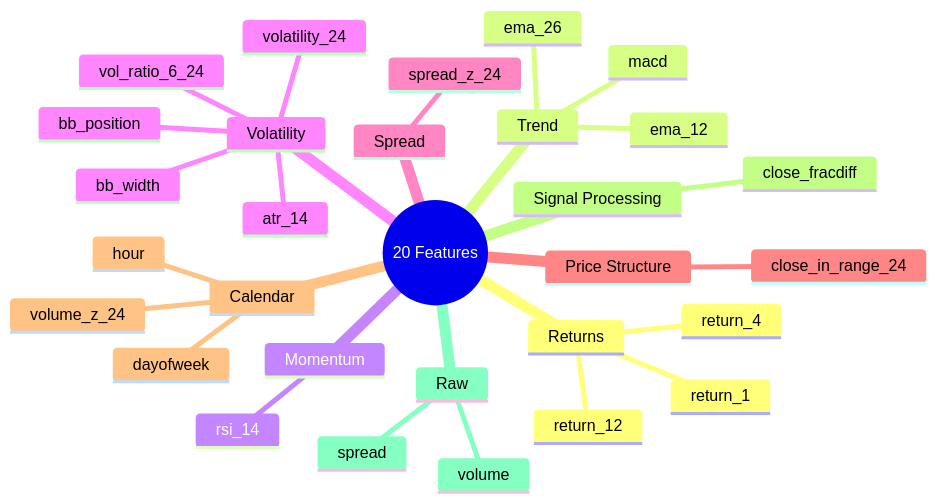
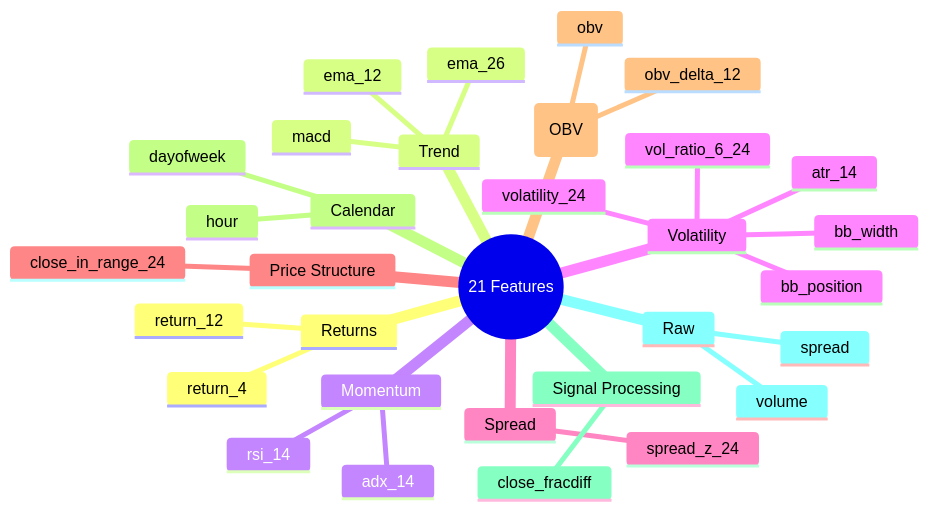
The second of 4 diagrams in docs/feature-engineering.md (ultimateBroK/thesis-compact), drawn with Mermaid before and after one commit. The commit also changed other lines of this file and 7 other files, not shown here.

````diff
--- a/docs/feature-engineering.md
+++ b/docs/feature-engineering.md
@@ -34,33 +36,35 @@
 ```mermaid
 mindmap
-  root((20 Features))
+  root((21 Features))
     Returns
-      return_1
       return_4
       return_12
     Trend
       ema_12
       ema_26
       macd
     Momentum
       rsi_14
+      adx_14
     Volatility
       atr_14
       bb_width
       bb_position
       volatility_24
       vol_ratio_6_24
     Spread
       spread_z_24
     Price Structure
       close_in_range_24
+    Volume (OBV)
+      obv
+      obv_delta_12
     Calendar
       hour
       dayofweek
-      volume_z_24
     Signal Processing
       close_fracdiff
     Raw
       volume
       spread
 ```
````
